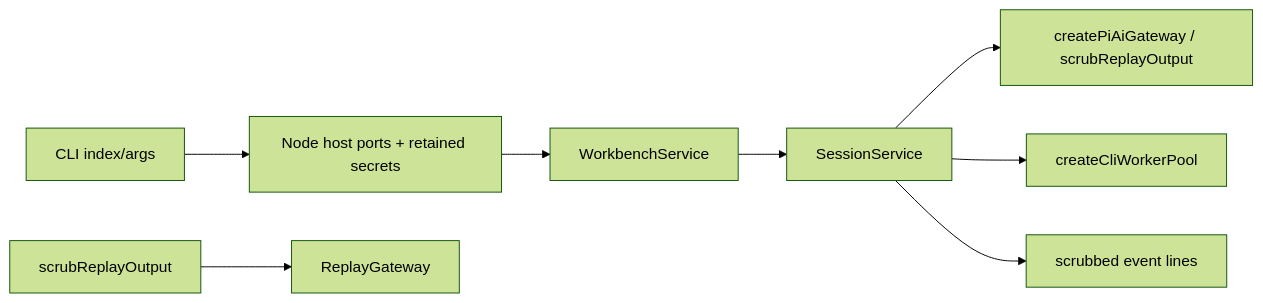
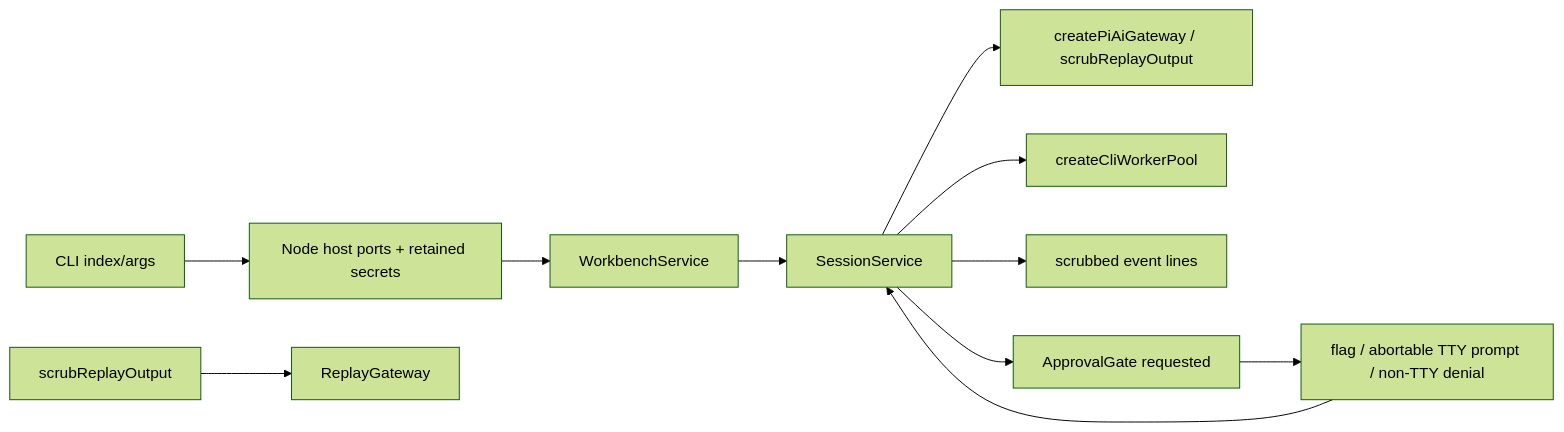
Before and after one commit to DDP-Engineering/2026_Virtual_Embedded_Rig_Assistant: the diagram in .agentic/knowledge/headless-cli.md, drawn with Mermaid (forest theme). The commit also changed other lines of this file and 55 other files, not shown here.

````diff
--- a/.agentic/knowledge/headless-cli.md
+++ b/.agentic/knowledge/headless-cli.md
@@ -45,10 +45,13 @@
 ```mermaid
 flowchart LR
  index[CLI index/args] --> ports[Node host ports + retained secrets]
  ports --> workbench[WorkbenchService]
  workbench --> session[SessionService]
  session --> gateway[createPiAiGateway / scrubReplayOutput]
  scrubReplayOutput --> replay[ReplayGateway]
  session --> workers[createCliWorkerPool]
  session --> output[scrubbed event lines]
+ session --> approval[ApprovalGate requested]
+ approval --> decision[flag / abortable TTY prompt / non-TTY denial]
+ decision --> session
 ```
````
